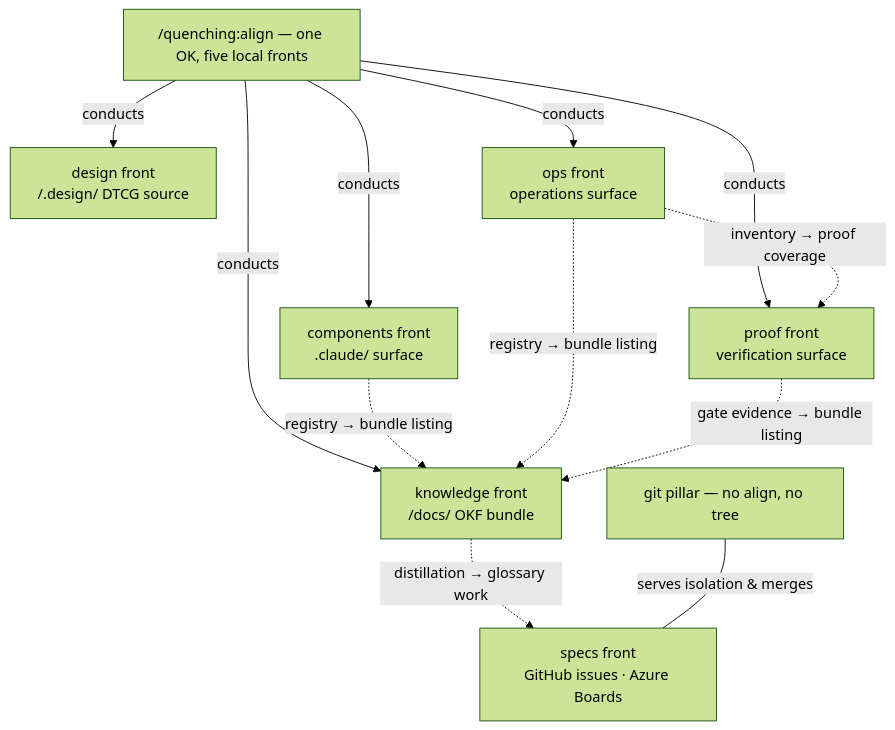
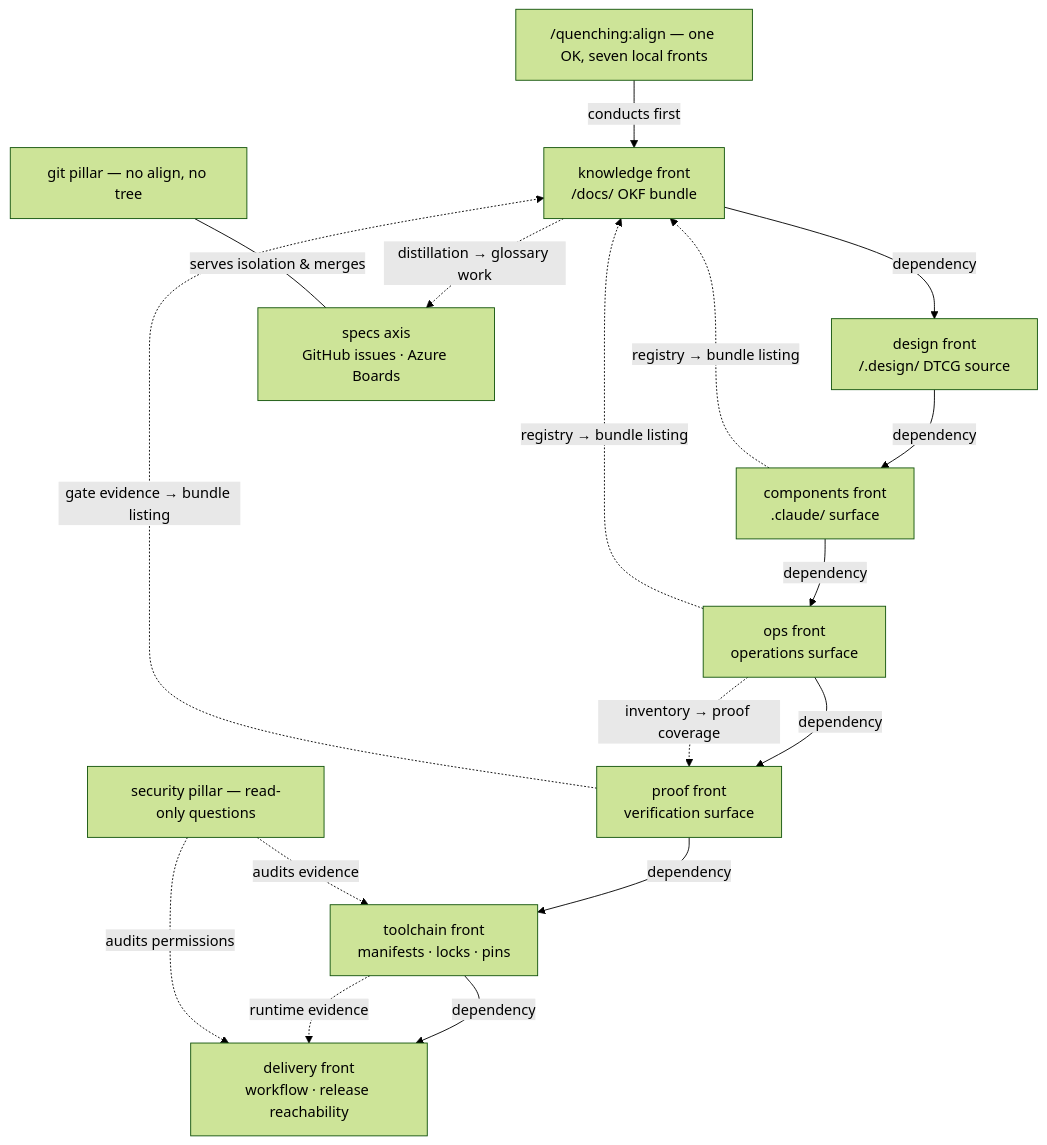
Before and after one commit to holetz/quenching: the diagram in docs/explanation/operating-model.md, drawn with Mermaid (forest theme). The commit also changed other lines of this file, not shown here.

Commit message:
plan/1072-conduct-the-seven-fronts: 2.2 Redraw operating model

````diff
--- a/docs/explanation/operating-model.md
+++ b/docs/explanation/operating-model.md
@@ -28,16 +27,21 @@
 ```mermaid
 flowchart TD
-    ALL["/quenching:align — one OK, five local fronts"]
-    ALL -->|conducts| K["knowledge front<br/>/docs/ OKF bundle"]
-    ALL -->|conducts| D["design front<br/>/.design/ DTCG source"]
-    ALL -->|conducts| C["components front<br/>.claude/ surface"]
-    ALL -->|conducts| O["ops front<br/>operations surface"]
-    ALL -->|conducts| P["proof front<br/>verification surface"]
-    S["specs front<br/>GitHub issues · Azure Boards"]
+    ALL["/quenching:align — one OK, seven local fronts"]
+    ALL -->|conducts first| K["knowledge front<br/>/docs/ OKF bundle"]
+    K -->|dependency| D["design front<br/>/.design/ DTCG source"]
+    D -->|dependency| C["components front<br/>.claude/ surface"]
+    C -->|dependency| O["ops front<br/>operations surface"]
+    O -->|dependency| P["proof front<br/>verification surface"]
+    P -->|dependency| T["toolchain front<br/>manifests · locks · pins"]
+    T -->|dependency| V["delivery front<br/>workflow · release reachability"]
+    S["specs axis<br/>GitHub issues · Azure Boards"]
     K -.->|"distillation → glossary work"| S
     C -.->|"registry → bundle listing"| K
     O -.->|"inventory → proof coverage"| P
     O -.->|"registry → bundle listing"| K
     P -.->|"gate evidence → bundle listing"| K
+    T -.->|"runtime evidence"| V
+    X["security pillar — read-only questions"] -.->|"audits evidence"| T
+    X -.->|"audits permissions"| V
     G["git pillar — no align, no tree"] ---|serves isolation & merges| S
 ```
````
